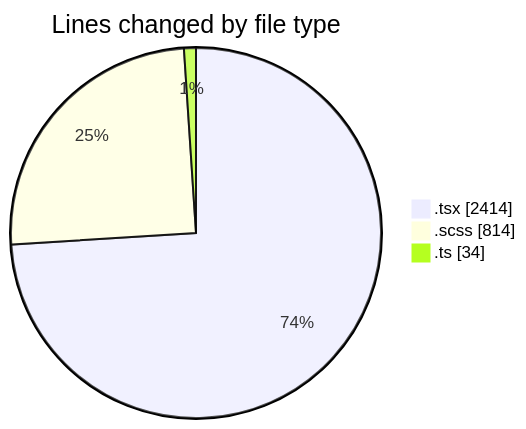
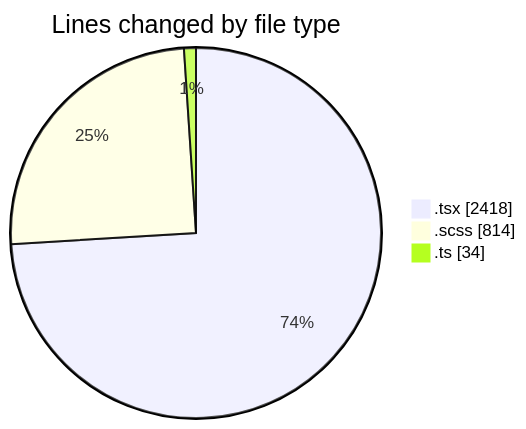
Before and after one commit to momahboobian/code-tracking: the first of 2 diagrams in 2025-04-07/cda/README.md, drawn with Mermaid. The commit also changed other lines of this file and 1 other file, not shown here.

````diff
--- a/2025-04-07/cda/README.md
+++ b/2025-04-07/cda/README.md
@@ -34,7 +34,7 @@
 ```mermaid
 pie showData
 title Lines changed by file type
-".tsx" : 2414
+".tsx" : 2418
 ".scss" : 814
 ".ts" : 34
 ```
````
